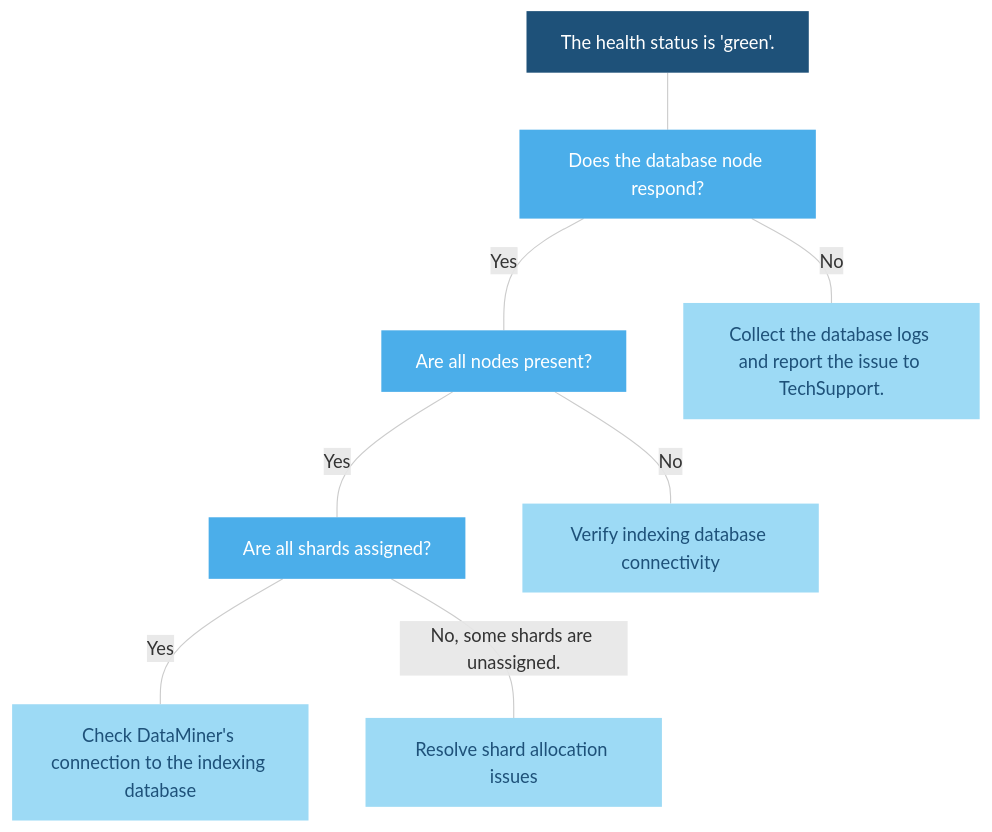
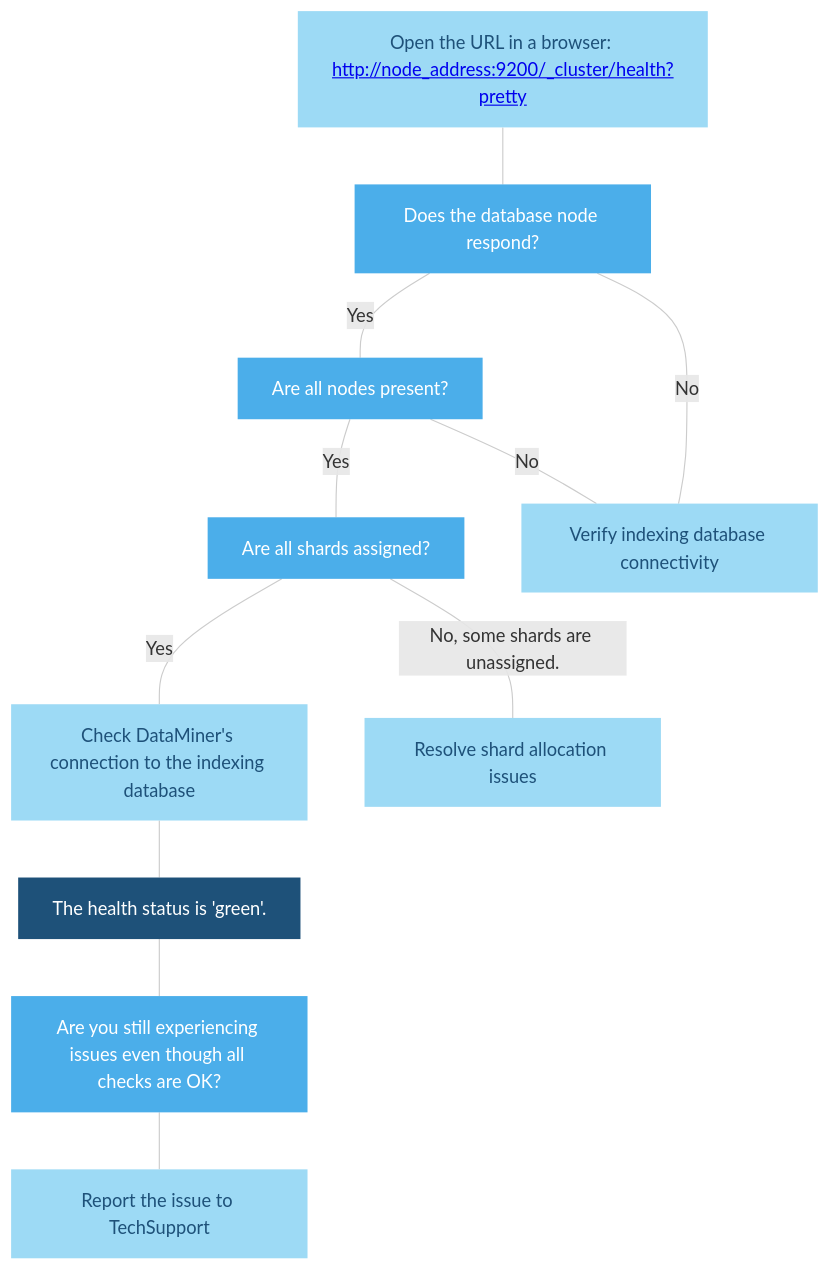
One commit to SkylineCommunications/dataminer-docs changed the diagram in user-guide/Troubleshooting/Procedures/Indexing_Database/Diagnostic_Procedures.md. Above: the diagram before and after it, drawn with Mermaid. The commit also changed other lines of this file and 3 other files, not shown here.

````diff
--- a/user-guide/Troubleshooting/Procedures/Indexing_Database/Diagnostic_Procedures.md
+++ b/user-guide/Troubleshooting/Procedures/Indexing_Database/Diagnostic_Procedures.md
@@ -52,37 +56,42 @@
 ```mermaid
 flowchart TD
     %% Define styles %%
     linkStyle default stroke:#cccccc
     classDef classTerminal fill:#1e5179,stroke:#1e5179,color:#ffffff,stroke-width:0px;
     classDef classDecision fill:#4baeea,stroke:#4baeea,color:#ffffff,stroke-width:0px;
     classDef classExternalRef fill:#9ddaf5,stroke:#9ddaf5,color:#1E5179,stroke-width:0px;
     classDef classActionClickable fill:#999999,stroke:#999999,color:#ffffff,stroke-width:0px;
     classDef classAction fill:#dddddd,stroke:#dddddd,color:#1E5179,stroke-width:0px;
     classDef classSolution fill:#58595b,stroke:#58595b,color:#ffffff,stroke-width:0px;
     %% Define blocks %%
-    A[The health status is 'green'.]
+    A[Open the URL in a browser: <a href="http://node_address:9200/_cluster/health?pretty">http://node_address:9200/_cluster/health?pretty</a>]
     B[Are all nodes present?]
     AB[Does the database node respond?]
-    ABC[Collect the database logs and report the issue to TechSupport.]
+    Z[The health status is 'green'.]
     C[Are all shards assigned?]
     D[Verify indexing database connectivity]
     E[Check DataMiner's connection to the indexing database]
     F[Resolve shard allocation issues]
+    Y[Are you still experiencing issues even though all checks are OK?]
+    X[Report the issue to TechSupport]
     %% Connect blocks %%
     A --- AB
-    AB --- |No|ABC
+    AB --- |No|D
     AB --- |Yes|B
     B ---|Yes| C
     B ---|No| D
     C --- |Yes|E
     C --- |No, some shards are unassigned.|F
+    E --- Z
+    Z --- Y
+    Y --- X
     %% Define hyperlinks %%
     click E "#check-dataminers-connection-to-the-indexing-database"
     click F "#resolve-shard-allocation-issues"
     click D "#verify-indexing-database-connectivity"
-    click ABC "/user-guide/Troubleshooting/Procedures/Indexing_Database/Contact_TechSupport.html"
+    click X "#are-you-still-experiencing-issues"
     %% Apply styles to blocks %%
-    class A classTerminal;
-    class AB,B,C,G,H,I,J classDecision;
-    class E,ABC,F,D classExternalRef;
+    class Z classTerminal;
+    class Y,AB,B,C,G,H,I,J classDecision;
+    class X,A,E,F,D classExternalRef;
 ```
````
